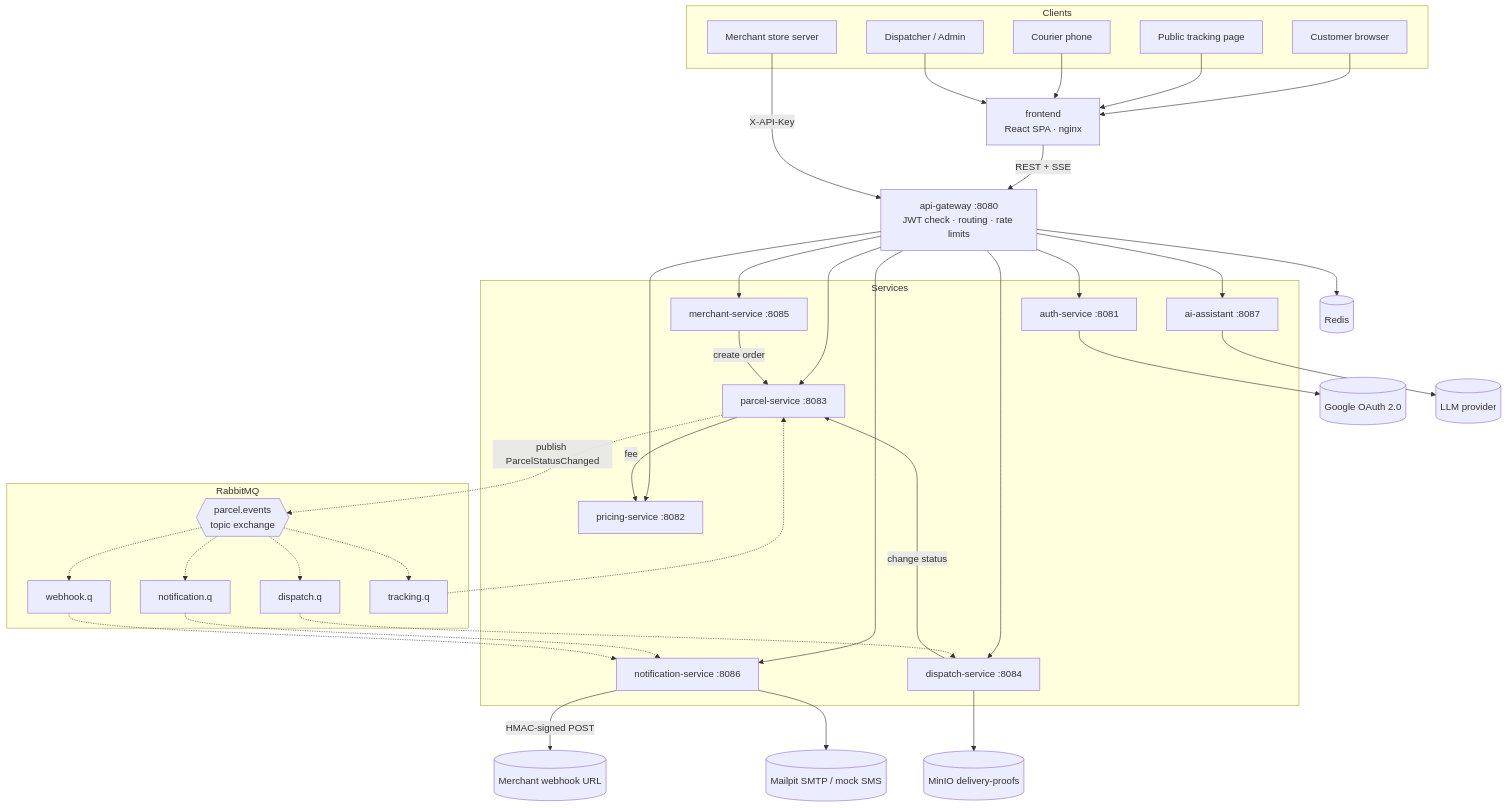
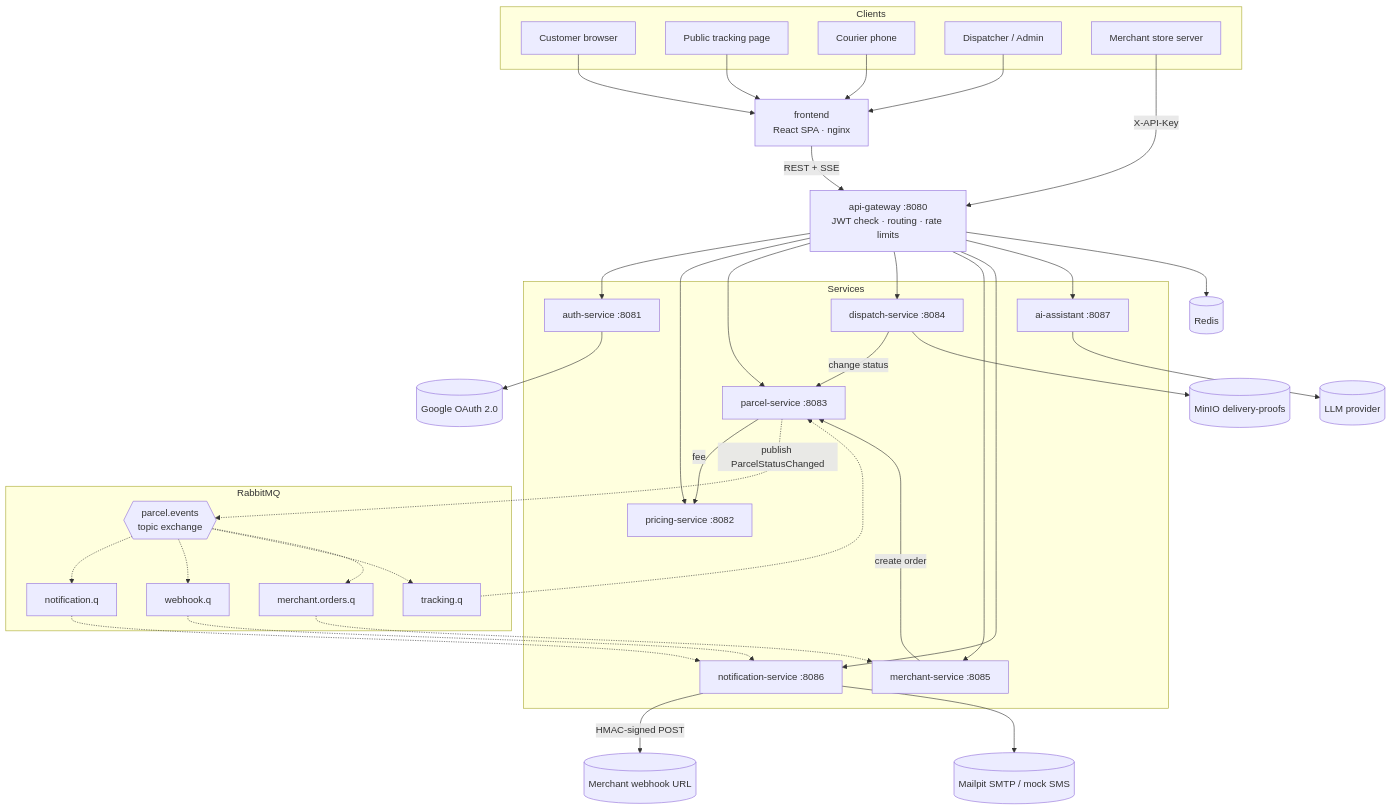
Before and after one commit to Sachintha-dilshan49/SwiftDrop: the diagram in docs/architecture.md, drawn with Mermaid. The commit also changed other lines of this file and 2 other files, not shown here.

````diff
--- a/docs/architecture.md
+++ b/docs/architecture.md
@@ -59,54 +59,54 @@
 ```mermaid
 flowchart TB
   subgraph Clients
     C[Customer browser]
     T[Public tracking page]
     K[Courier phone]
     D[Dispatcher / Admin]
     M[Merchant store server]
   end
 
   FE[frontend<br/>React SPA · nginx]
   GW[api-gateway :8080<br/>JWT check · routing · rate limits]
 
   C & T & K & D --> FE
   FE -- REST + SSE --> GW
   M -- X-API-Key --> GW
 
   subgraph Services
     AUTH[auth-service :8081]
     PRICE[pricing-service :8082]
     PARCEL[parcel-service :8083]
     DISP[dispatch-service :8084]
     MERCH[merchant-service :8085]
     NOTIF[notification-service :8086]
     AI[ai-assistant :8087]
   end
 
   GW --> AUTH & PRICE & PARCEL & DISP & MERCH & NOTIF & AI
   PARCEL -- fee --> PRICE
   DISP -- change status --> PARCEL
   MERCH -- create order --> PARCEL
 
   subgraph RabbitMQ
     EX{{parcel.events<br/>topic exchange}}
     Q1[notification.q]
     Q2[webhook.q]
-    Q3[dispatch.q]
     Q4[tracking.q]
+    Q5[merchant.orders.q]
   end
 
   PARCEL -. publish ParcelStatusChanged .-> EX
-  EX -.-> Q1 & Q2 & Q3 & Q4
+  EX -.-> Q1 & Q2 & Q4 & Q5
   Q1 -.-> NOTIF
   Q2 -.-> NOTIF
-  Q3 -.-> DISP
   Q4 -.-> PARCEL
+  Q5 -.-> MERCH
 
   AUTH --> G[(Google OAuth 2.0)]
   AI --> L[(LLM provider)]
   NOTIF -- HMAC-signed POST --> W[(Merchant webhook URL)]
   NOTIF --> MAIL[(Mailpit SMTP / mock SMS)]
   DISP --> S3[(MinIO delivery-proofs)]
   GW --> R[(Redis)]
 ```
````
